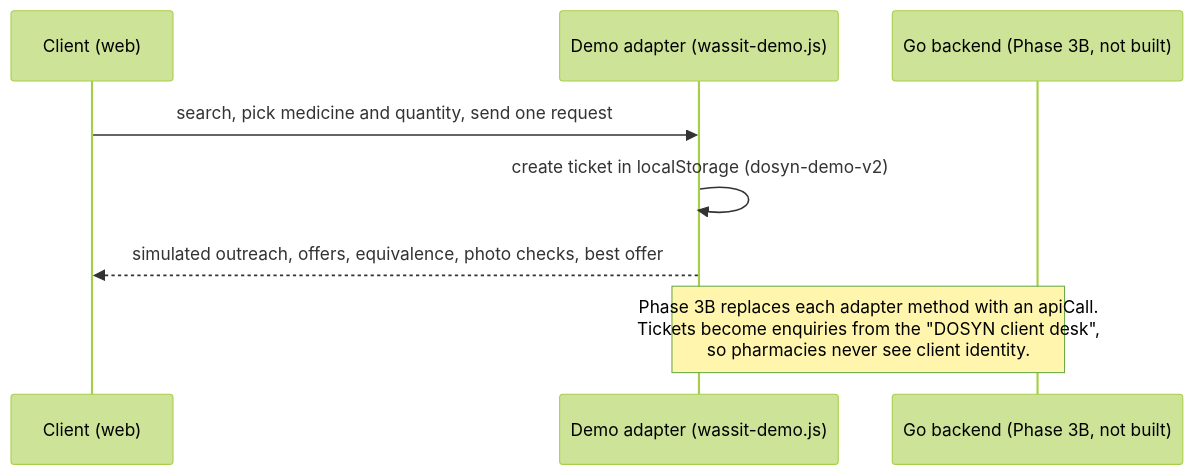
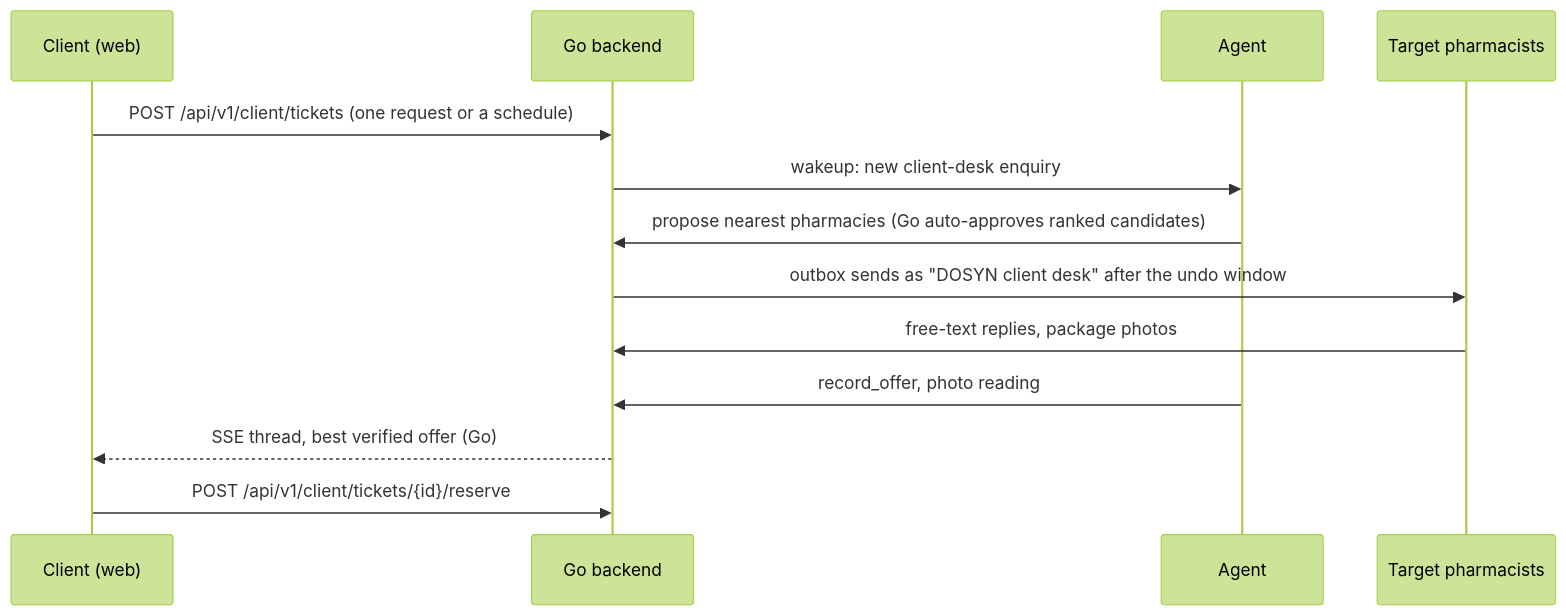
The fifth of 5 diagrams in docs/ARCHITECTURE.md (gamercreative/alphahack), drawn with Mermaid (forest theme) before and after one commit. The commit also changed other lines of this file and 7 other files, not shown here.

````diff
--- a/docs/ARCHITECTURE.md
+++ b/docs/ARCHITECTURE.md
@@ -103,10 +101,15 @@
 ```mermaid
 sequenceDiagram
   participant C as Client (web)
-  participant D as Demo adapter (wassit-demo.js)
-  participant API as Go backend (Phase 3B, not built)
-  C->>D: search, pick medicine and quantity, send one request
-  D->>D: create ticket in localStorage (dosyn-demo-v2)
-  D-->>C: simulated outreach, offers, equivalence, photo checks, best offer
-  Note over D,API: Phase 3B replaces each adapter method with an apiCall.<br/>Tickets become enquiries from the "DOSYN client desk",<br/>so pharmacies never see client identity.
+  participant API as Go backend
+  participant AG as Agent
+  participant P as Target pharmacists
+  C->>API: POST /api/v1/client/tickets (one request or a schedule)
+  API->>AG: wakeup: new client-desk enquiry
+  AG->>API: propose nearest pharmacies (Go auto-approves ranked candidates)
+  API->>P: outbox sends as "DOSYN client desk" after the undo window
+  P->>API: free-text replies, package photos
+  AG->>API: record_offer, photo reading
+  API-->>C: SSE thread, best verified offer (Go)
+  C->>API: POST /api/v1/client/tickets/{id}/reserve
 ```
````
